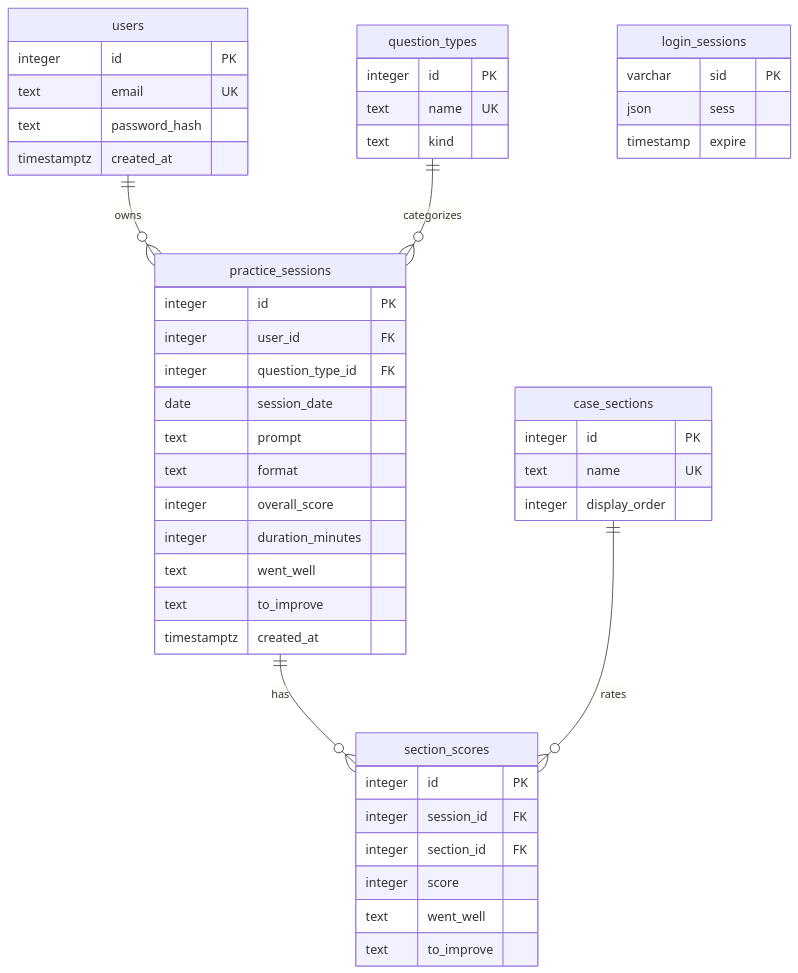
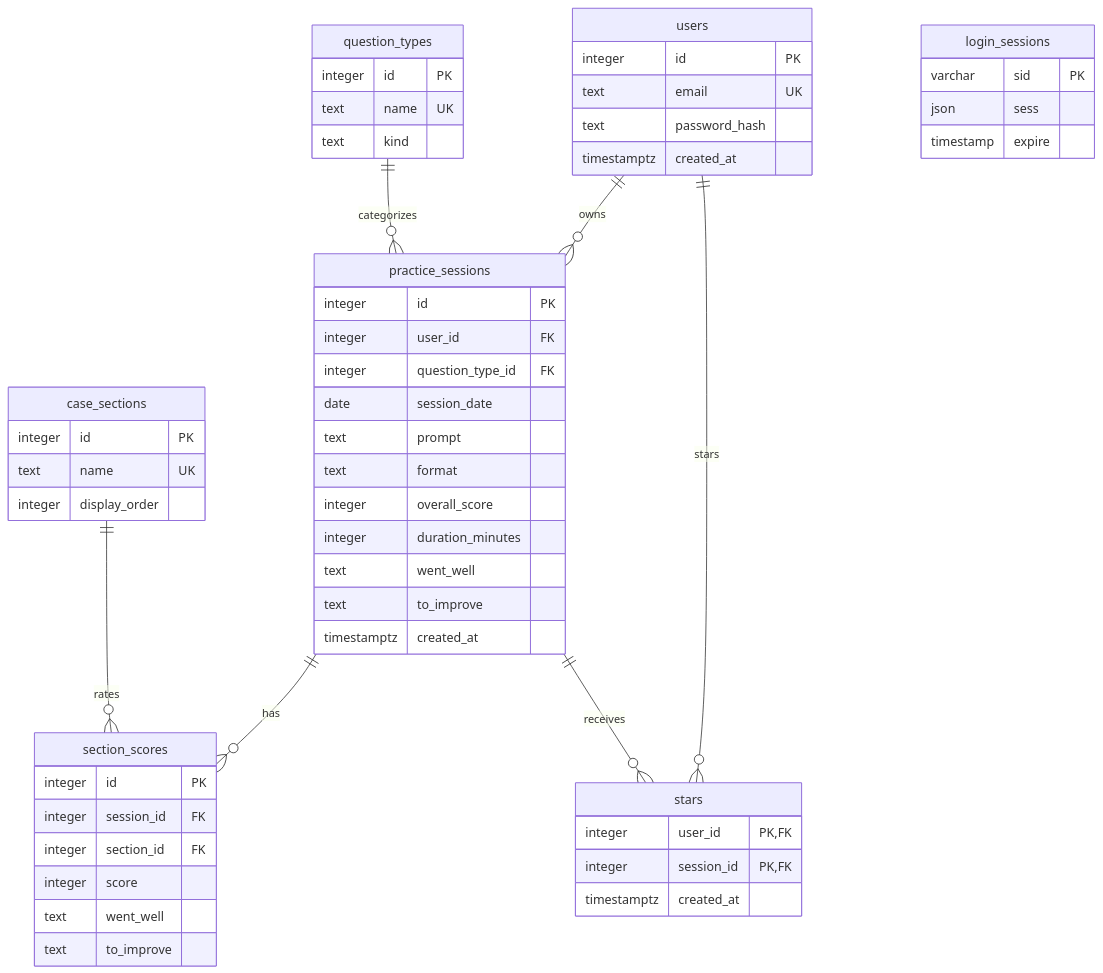
Before and after one commit to dshimada98/interviewprep: the diagram in schema.md, drawn with Mermaid. The commit also changed other lines of this file and 19 other files, not shown here.

First line of the commit message:
Implement practice session management and update test suite

````diff
--- a/schema.md
+++ b/schema.md
@@ -87,49 +90,56 @@
 ```mermaid
 erDiagram
     users ||--o{ practice_sessions : owns
     question_types ||--o{ practice_sessions : categorizes
     practice_sessions ||--o{ section_scores : has
     case_sections ||--o{ section_scores : rates
+    users ||--o{ stars : stars
+    practice_sessions ||--o{ stars : receives
     users {
         integer id PK
         text email UK
         text password_hash
         timestamptz created_at
     }
     question_types {
         integer id PK
         text name UK
         text kind
     }
     practice_sessions {
         integer id PK
         integer user_id FK
         integer question_type_id FK
         date session_date
         text prompt
         text format
         integer overall_score
         integer duration_minutes
         text went_well
         text to_improve
         timestamptz created_at
     }
     case_sections {
         integer id PK
         text name UK
         integer display_order
     }
     section_scores {
         integer id PK
         integer session_id FK
         integer section_id FK
         integer score
         text went_well
         text to_improve
     }
     login_sessions {
         varchar sid PK
         json sess
         timestamp expire
     }
+    stars {
+        integer user_id PK,FK
+        integer session_id PK,FK
+        timestamptz created_at
+    }
 ```
````
